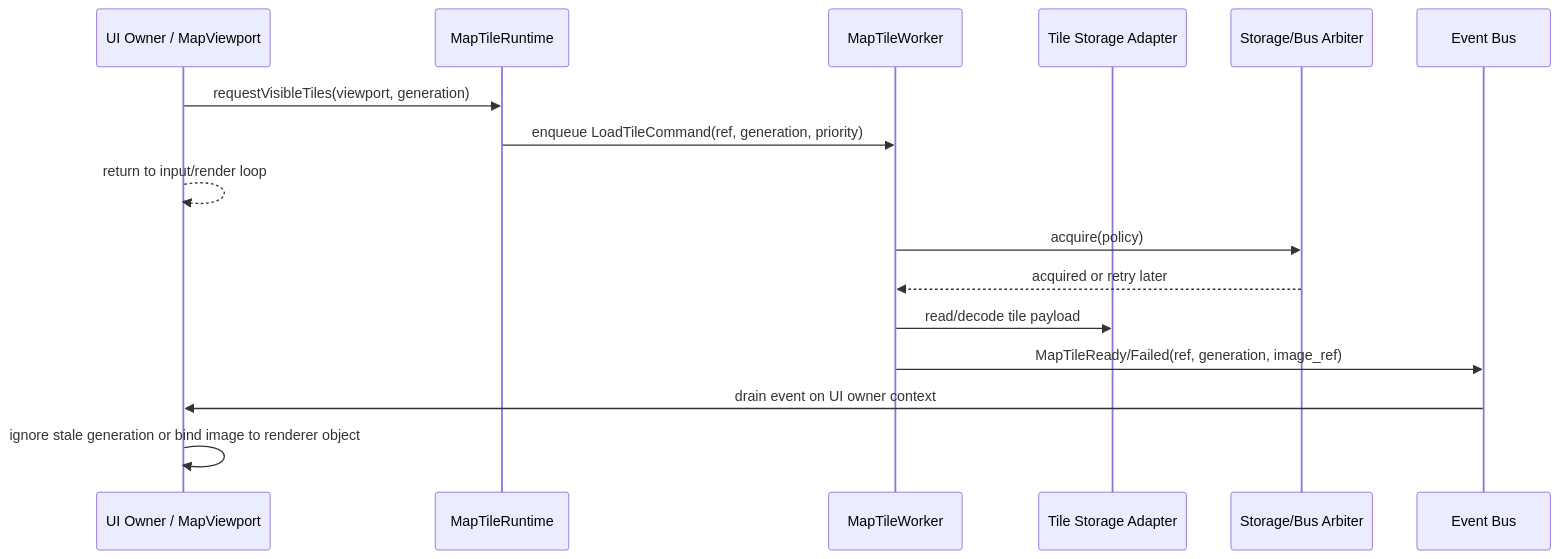
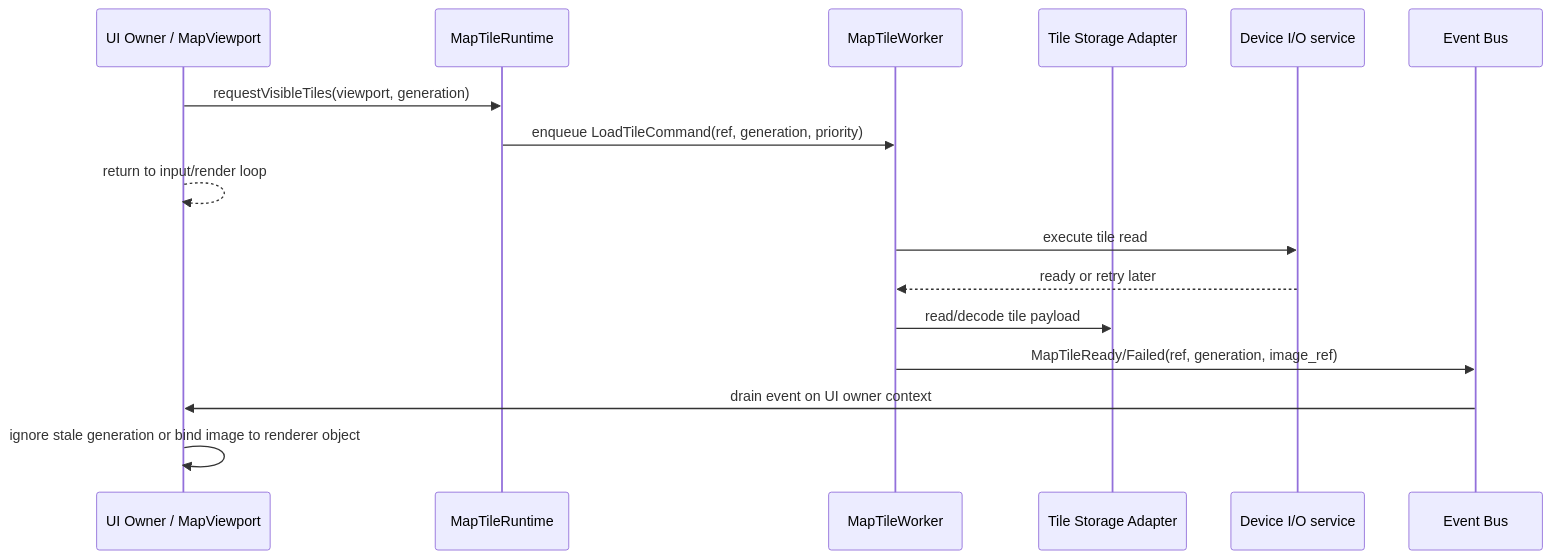
One commit to manmuqingshan/trail-mate changed diagram 22 of 23 in docs/specification/UI_STORAGE_EVENT_RUNTIME_DESIGN_SPEC.md. Above: the diagram before and after it, drawn with Mermaid. The commit also changed other lines of this file and 95 other files, not shown here.

````diff
--- a/docs/specification/UI_STORAGE_EVENT_RUNTIME_DESIGN_SPEC.md
+++ b/docs/specification/UI_STORAGE_EVENT_RUNTIME_DESIGN_SPEC.md
@@ -1754,19 +1189,19 @@
 ```mermaid
 sequenceDiagram
   participant UI as UI Owner / MapViewport
   participant Runtime as MapTileRuntime
   participant Worker as MapTileWorker
   participant Store as Tile Storage Adapter
-  participant Bus as Storage/Bus Arbiter
+  participant DeviceIo as Device I/O service
   participant Events as Event Bus
 
   UI->>Runtime: requestVisibleTiles(viewport, generation)
   Runtime->>Worker: enqueue LoadTileCommand(ref, generation, priority)
   UI-->>UI: return to input/render loop
-  Worker->>Bus: acquire(policy)
-  Bus-->>Worker: acquired or retry later
+  Worker->>DeviceIo: execute tile read
+  DeviceIo-->>Worker: ready or retry later
   Worker->>Store: read/decode tile payload
   Worker->>Events: MapTileReady/Failed(ref, generation, image_ref)
   Events->>UI: drain event on UI owner context
   UI->>UI: ignore stale generation or bind image to renderer object
 ```
````
